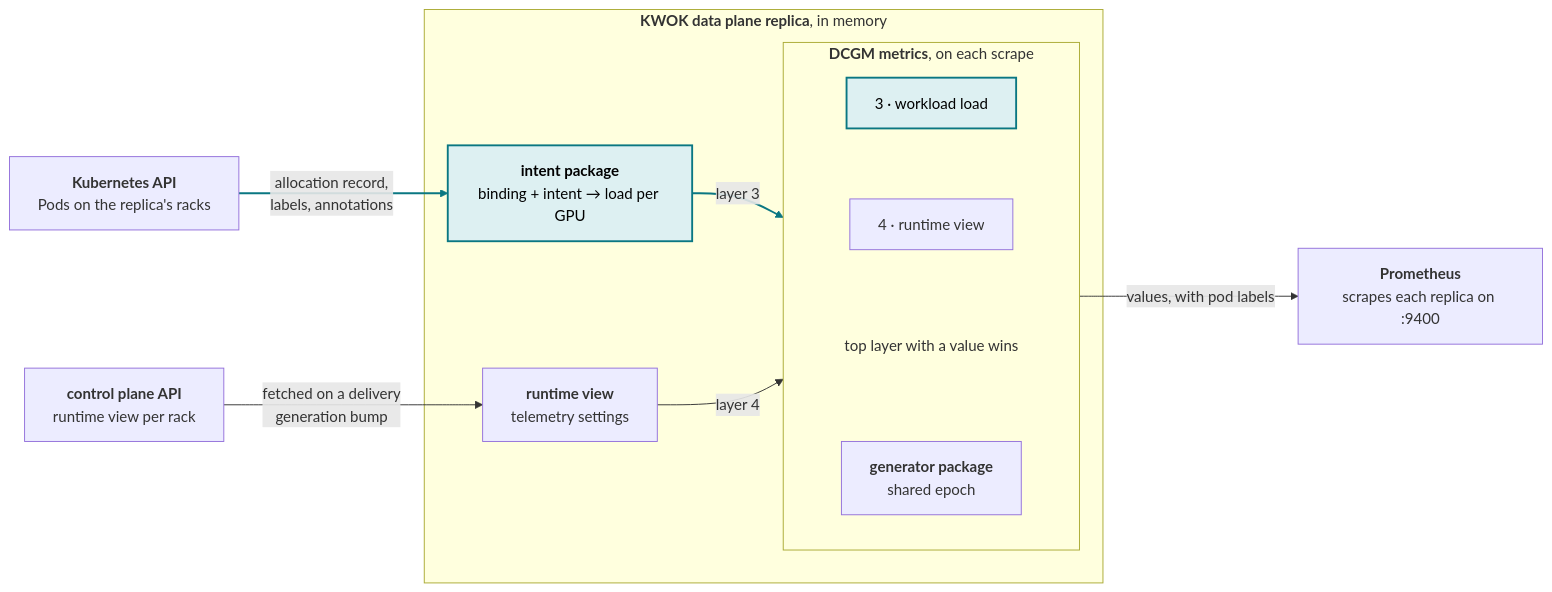
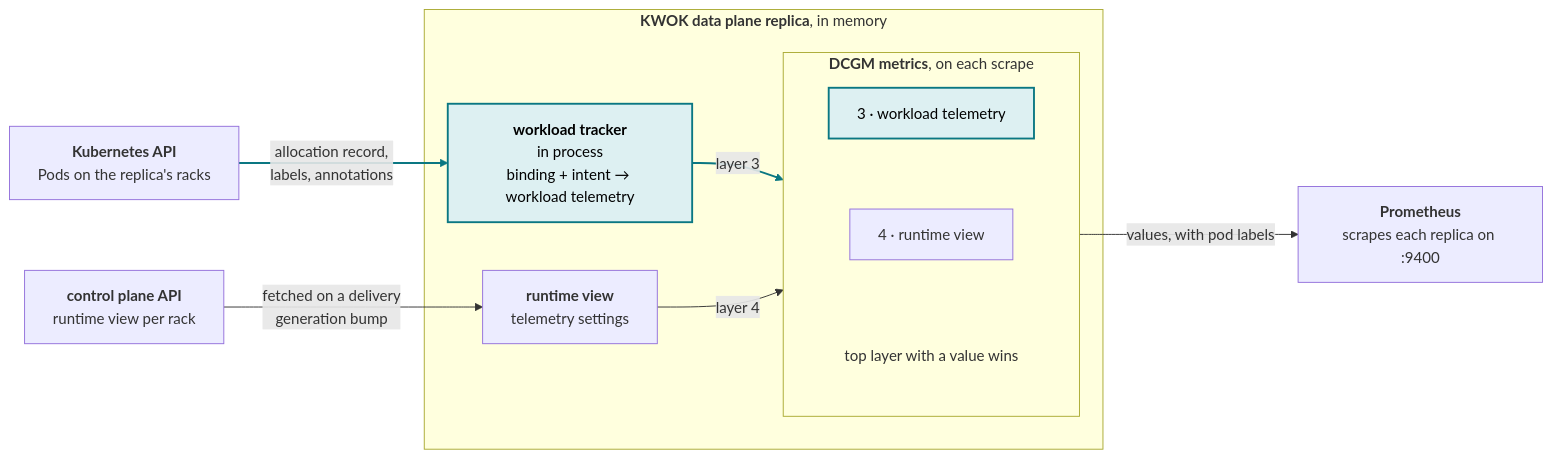
Before and after one commit to NVIDIA/k8s-test-infra: the eighth of 10 diagrams in enhancements/meps/0008-fgo-integration/README.md, drawn with Mermaid. The commit also changed other lines of this file, not shown here.

Commit message:
#1008: Suggesting a better name for allocation watcher

````diff
--- a/enhancements/meps/0008-fgo-integration/README.md
+++ b/enhancements/meps/0008-fgo-integration/README.md
@@ -1128,31 +1131,30 @@
 ```mermaid
 flowchart LR
     api["<b>Kubernetes API</b><br/>Pods on the replica's racks"]
     cp["<b>control plane API</b><br/>runtime view per rack"]
 
     subgraph dp["<b>KWOK data plane replica</b>, in memory"]
-        intent["<b>intent package</b><br/>binding + intent → load per GPU"]
+        tracker["<b>workload tracker</b><br/>in process<br/>binding + intent → workload telemetry"]
         view["<b>runtime view</b><br/>telemetry settings"]
         subgraph metrics["<b>DCGM metrics</b>, on each scrape"]
             direction TB
-            l3["3 · workload load"]
+            l3["3 · workload telemetry"]
             l4["4 · runtime view"]
             rule["top layer with a value wins"]
-            gen["<b>generator package</b><br/>shared epoch"]
-            l3 ~~~ l4 ~~~ rule ~~~ gen
+            l3 ~~~ l4 ~~~ rule
         end
     end
 
     prom["<b>Prometheus</b><br/>scrapes each replica on :9400"]
 
-    api -->|"allocation record,<br/>labels, annotations"| intent
+    api -->|"allocation record,<br/>labels, annotations"| tracker
     cp -->|"fetched on a delivery<br/>generation bump"| view
-    intent -->|"layer 3"| metrics
+    tracker -->|"layer 3"| metrics
     view -->|"layer 4"| metrics
     metrics -->|"values, with pod labels"| prom
 
     classDef new fill:#ddf0f2,stroke:#0a7782,stroke-width:2px,color:#000
-    class intent,l3 new
+    class tracker,l3 new
     style rule fill:none,stroke:none
-    linkStyle 3,5 stroke:#0a7782,stroke-width:2px
+    linkStyle 2,4 stroke:#0a7782,stroke-width:2px
 ```
````
